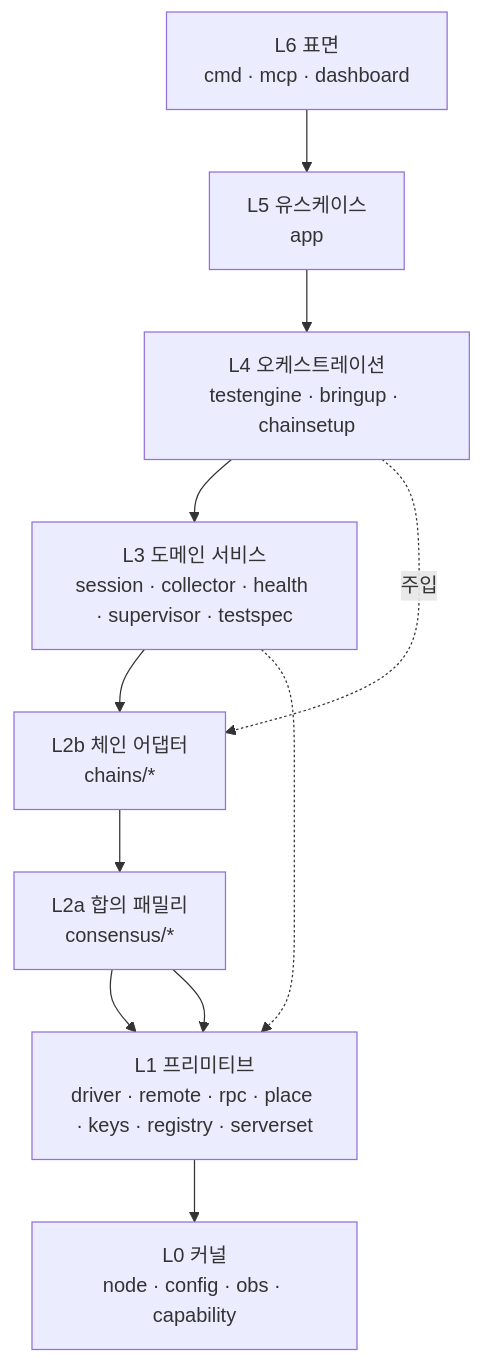
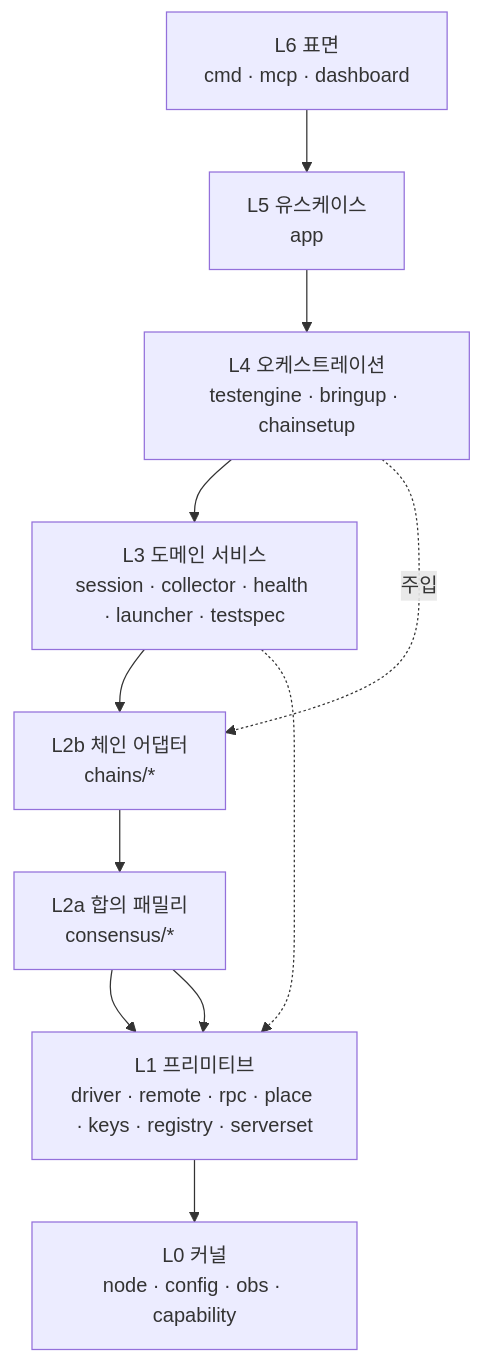
The diagram in docs/dev/architecture/layers.md (0xmhha/chainbench), drawn with Mermaid before and after one commit. The commit also changed other lines of this file and 45 other files, not shown here.

````diff
--- a/docs/dev/architecture/layers.md
+++ b/docs/dev/architecture/layers.md
@@ -62,16 +62,16 @@
 ```mermaid
 flowchart TD
     L6["L6 표면<br/>cmd · mcp · dashboard"]
     L5["L5 유스케이스<br/>app"]
     L4["L4 오케스트레이션<br/>testengine · bringup · chainsetup"]
-    L3["L3 도메인 서비스<br/>session · collector · health · supervisor · testspec"]
+    L3["L3 도메인 서비스<br/>session · collector · health · launcher · testspec"]
     L2b["L2b 체인 어댑터<br/>chains/*"]
     L2a["L2a 합의 패밀리<br/>consensus/*"]
     L1["L1 프리미티브<br/>driver · remote · rpc · place · keys · registry · serverset"]
     L0["L0 커널<br/>node · config · obs · capability"]
 
     L6 --> L5 --> L4 --> L3 --> L2b --> L2a --> L1 --> L0
     L4 -.주입.-> L2b
     L3 -.-> L1
     L2a --> L1
 ```
````
